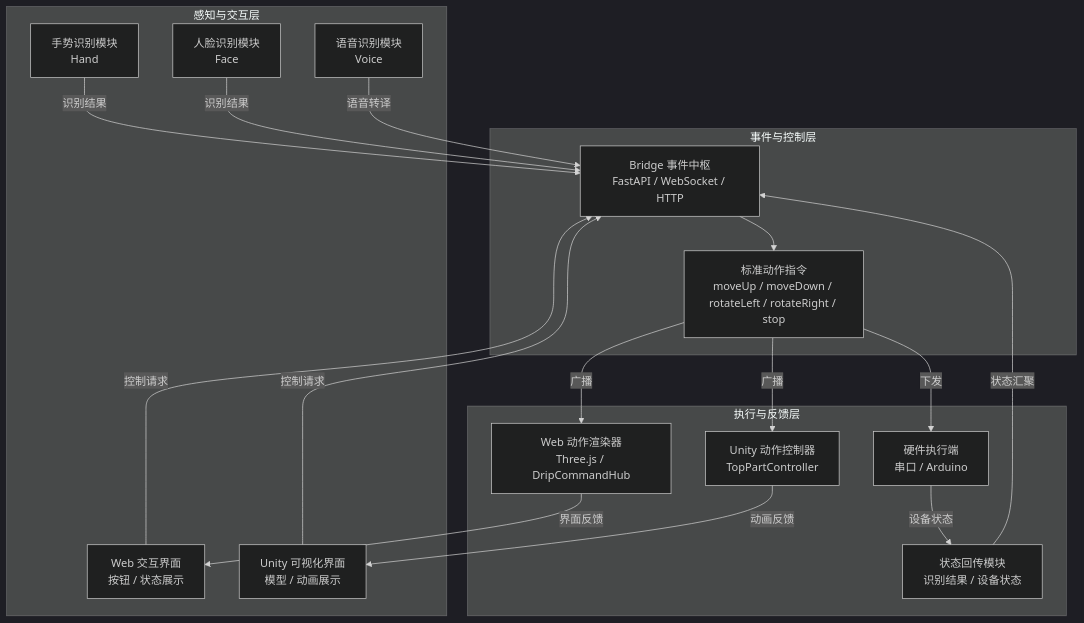
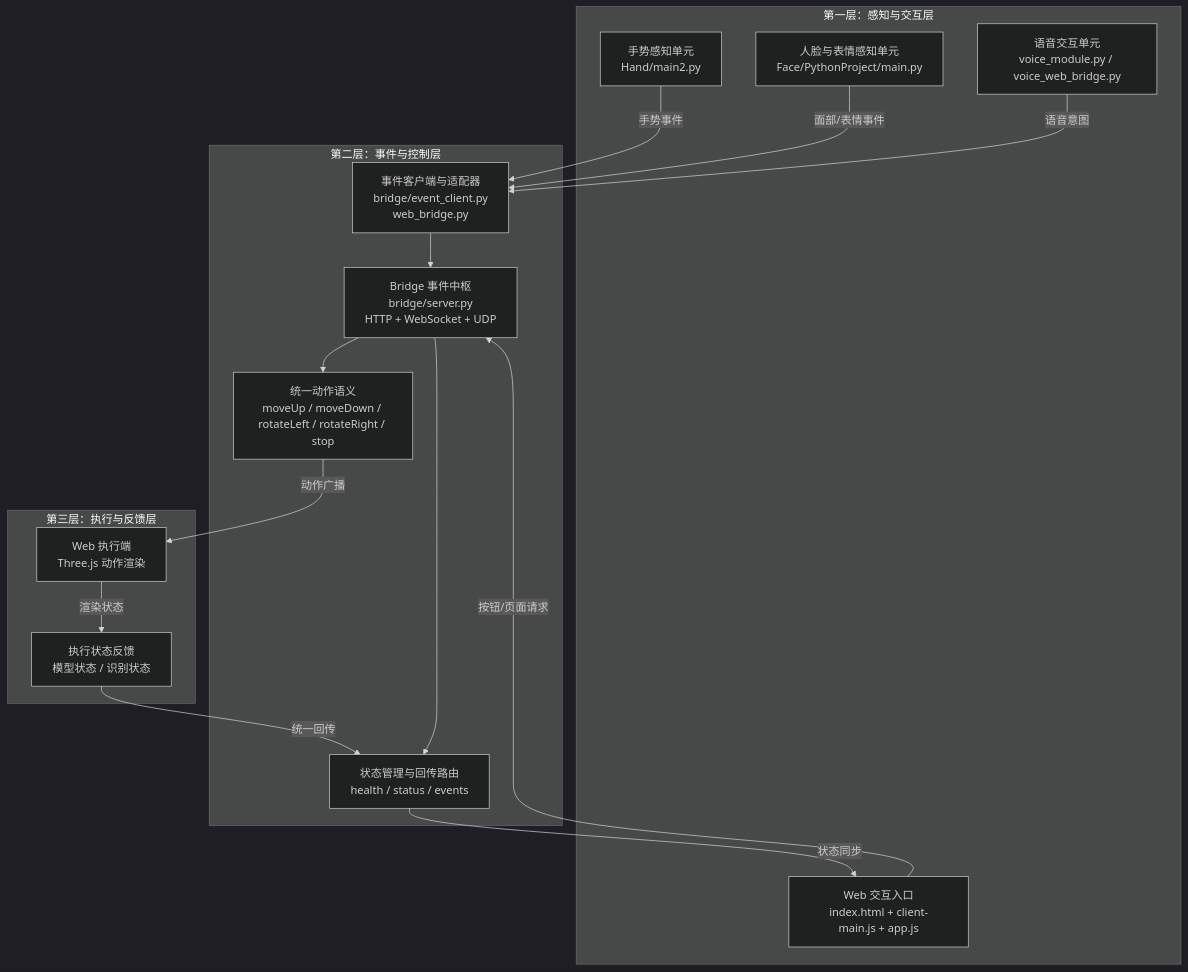
The first of 7 diagrams in docs/architecture_design.md (Liangjinxuan-hh/Coding), drawn with Mermaid (dark theme) before and after one commit. The commit also changed other lines of this file and 8 other files, not shown here.

Commit message:
chore: update architecture docs and system test outputs

````diff
--- a/docs/architecture_design.md
+++ b/docs/architecture_design.md
@@ -9,38 +9,36 @@
 ```mermaid
 flowchart TB
-    subgraph L1[感知与交互层]
-        H[手势识别模块\nHand]
-        F[人脸识别模块\nFace]
-        V[语音识别模块\nVoice]
-        W[Web 交互界面\n按钮 / 状态展示]
-        U[Unity 可视化界面\n模型 / 动画展示]
+    subgraph L1[第一层：感知与交互层]
+        I1[手势感知单元\nHand/main2.py]
+        I2[人脸与表情感知单元\nFace/PythonProject/main.py]
+        I3[语音交互单元\nvoice_module.py / voice_web_bridge.py]
+        I4[Web 交互入口\nindex.html + client-main.js + app.js]
     end
 
-    subgraph L2[事件与控制层]
-        B[Bridge 事件中枢\nFastAPI / WebSocket / HTTP]
-        C[标准动作指令\nmoveUp / moveDown / rotateLeft / rotateRight / stop]
+    subgraph L2[第二层：事件与控制层]
+        C1[Bridge 事件中枢\nbridge/server.py\nHTTP + WebSocket + UDP]
+        C2[事件客户端与适配器\nbridge/event_client.py\nweb_bridge.py]
+        C3[统一动作语义\nmoveUp / moveDown / rotateLeft / rotateRight / stop]
+        C4[状态管理与回传路由\nhealth / status / events]
     end
 
-    subgraph L3[执行与反馈层]
-        WB[Web 动作渲染器\nThree.js / DripCommandHub]
-        UB[Unity 动作控制器\nTopPartController]
-        HB[硬件执行端\n串口 / Arduino]
-        FB[状态回传模块\n识别结果 / 设备状态]
+    subgraph L3[第三层：执行与反馈层]
+        E1[Web 执行端\nThree.js 动作渲染]
+        E4[执行状态反馈\n模型状态 / 识别状态]
     end
 
-    H -->|识别结果| B
-    F -->|识别结果| B
-    V -->|语音转译| B
-    W -->|控制请求| B
-    U -->|控制请求| B
+    I1 -->|手势事件| C2
+    I2 -->|面部/表情事件| C2
+    I3 -->|语音意图| C2
+    I4 -->|按钮/页面请求| C1
 
-    B --> C
-    C -->|广播| WB
-    C -->|广播| UB
-    C -->|下发| HB
+    C2 --> C1
+    C1 --> C3
+    C1 --> C4
 
-    WB -->|界面反馈| W
-    UB -->|动画反馈| U
-    HB -->|设备状态| FB
-    FB -->|状态汇聚| B
+    C3 -->|动作广播| E1
+
+    E1 -->|渲染状态| E4
+    E4 -->|统一回传| C4
+    C4 -->|状态同步| I4
 ```
````
